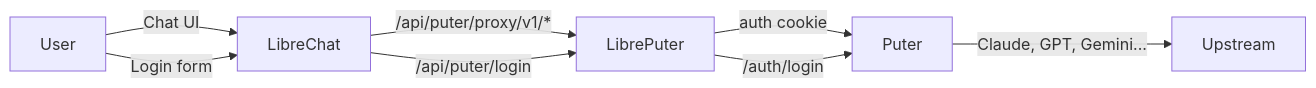
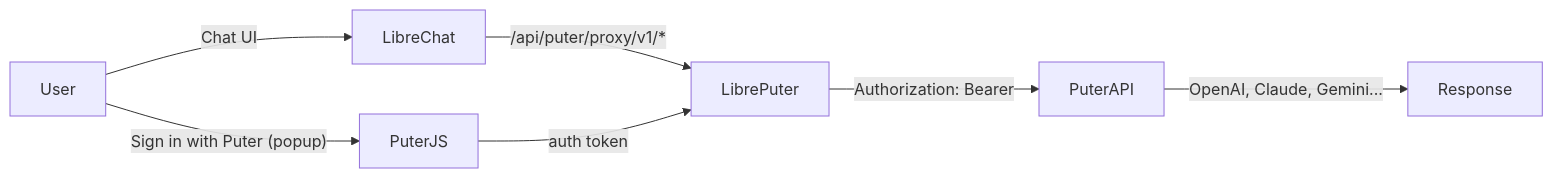
Before and after one commit to tfisatypedef/LibrePuter: the diagram in README.md, drawn with Mermaid. The commit also changed other lines of this file and 12 other files, not shown here.

````diff
--- a/README.md
+++ b/README.md
@@ -7,11 +9,10 @@
 ```mermaid
 flowchart LR
     User -->|Chat UI| LibreChat
     LibreChat -->|"/api/puter/proxy/v1/*"| LibrePuter
-    LibrePuter -->|"auth cookie"| Puter
-    Puter -->|"Claude, GPT, Gemini..."| Upstream
+    LibrePuter -->|"Authorization: Bearer <token>"| PuterAPI
+    PuterAPI -->|"OpenAI, Claude, Gemini..."| Response
     
-    User -->|"Login form"| LibreChat
-    LibreChat -->|"/api/puter/login"| LibrePuter
-    LibrePuter -->|"/auth/login"| Puter
+    User -->|"Sign in with Puter (popup)"| PuterJS
+    PuterJS -->|"auth token"| LibrePuter
 ```
````
